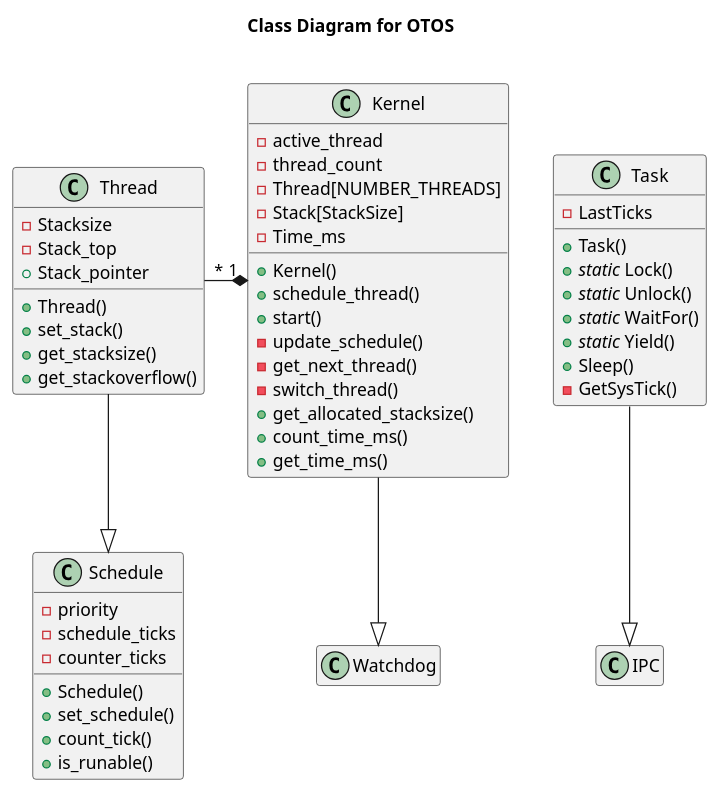
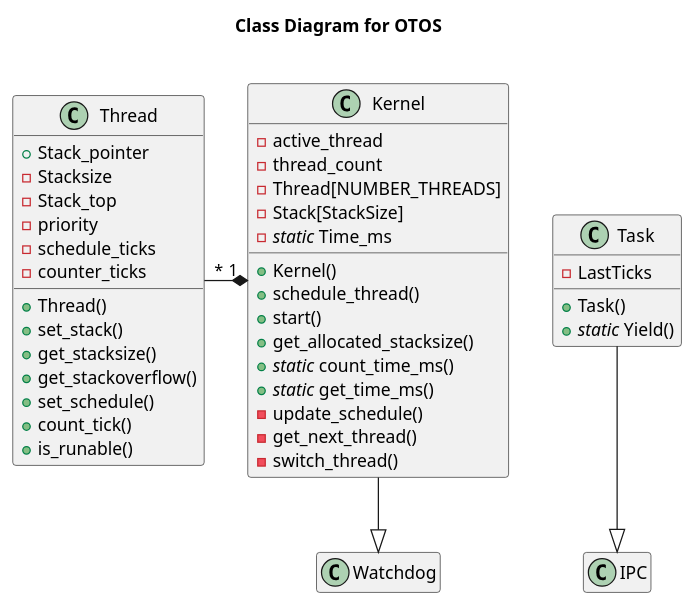
Before and after one commit to SebastianOberschwendtner/OTOS: the diagram in doc/UML/CLD_OTOS.puml, drawn with PlantUML. The commit also changed 7 other files, not shown here.

First line of the commit message:
:wrench: Moves code from schedule to thread.

```diff
--- a/doc/UML/CLD_OTOS.puml
+++ b/doc/UML/CLD_OTOS.puml
@@ -1,82 +1,74 @@
 @startuml CLD_OTOS
 title Class Diagram for **OTOS**\n
 
 hide empty members
 
-class Schedule{
+class Thread {
     'Properties:
+    + Stack_pointer
+    - Stacksize
+    - Stack_top
     - priority
     - schedule_ticks
     - counter_ticks
-
-    'Methods
-    + Schedule()
-    + set_schedule()
-    + count_tick()
-    + is_runable()
-}
-
-class Thread {
-    'Properies:
-    - Stacksize
-    - Stack_top
-    + Stack_pointer
 
     'Methods:
     + Thread()
     + set_stack()
     + get_stacksize()
     + get_stackoverflow()
+    + set_schedule()
+    + count_tick()
+    + is_runable()
 }
 class Kernel{
     'Properties:
     - active_thread
     - thread_count
     - Thread[NUMBER_THREADS]
     - Stack[StackSize]
-    - Time_ms
+    - //static// Time_ms
 
     'Methods:
     + Kernel()
     + schedule_thread()
     + start()
+    + get_allocated_stacksize()
+    + //static// count_time_ms()
+    + //static// get_time_ms()
     - update_schedule()
     - get_next_thread()
     - switch_thread()
-    + get_allocated_stacksize()
-    + count_time_ms()
-    + get_time_ms()
 }
 
 class Watchdog {
    '+ Watchdog()
    '+ Pet()
 }
 
 class Task{
     ' Properties:
     - LastTicks
 
     ' Methods:
     + Task()
-    + //static// Lock()
-    + //static// Unlock()
-    + //static// WaitFor()
+    ' + //static// Lock()
+    ' + //static// Unlock()
+    ' + //static// WaitFor()
     + //static// Yield()
-    + Sleep()
-    - GetSysTick()
+    ' + Sleep()
+    ' - GetSysTick()
 }
 
 class IPC{
    '- Id
    '- CmdBuffer
    '+ GetQueue()
    '+ PushQueue()
 }
 
-Thread --|> Schedule
 Thread "*"-*"1" Kernel
 Kernel --|> Watchdog
 Task --|> IPC
 
 @enduml
```
